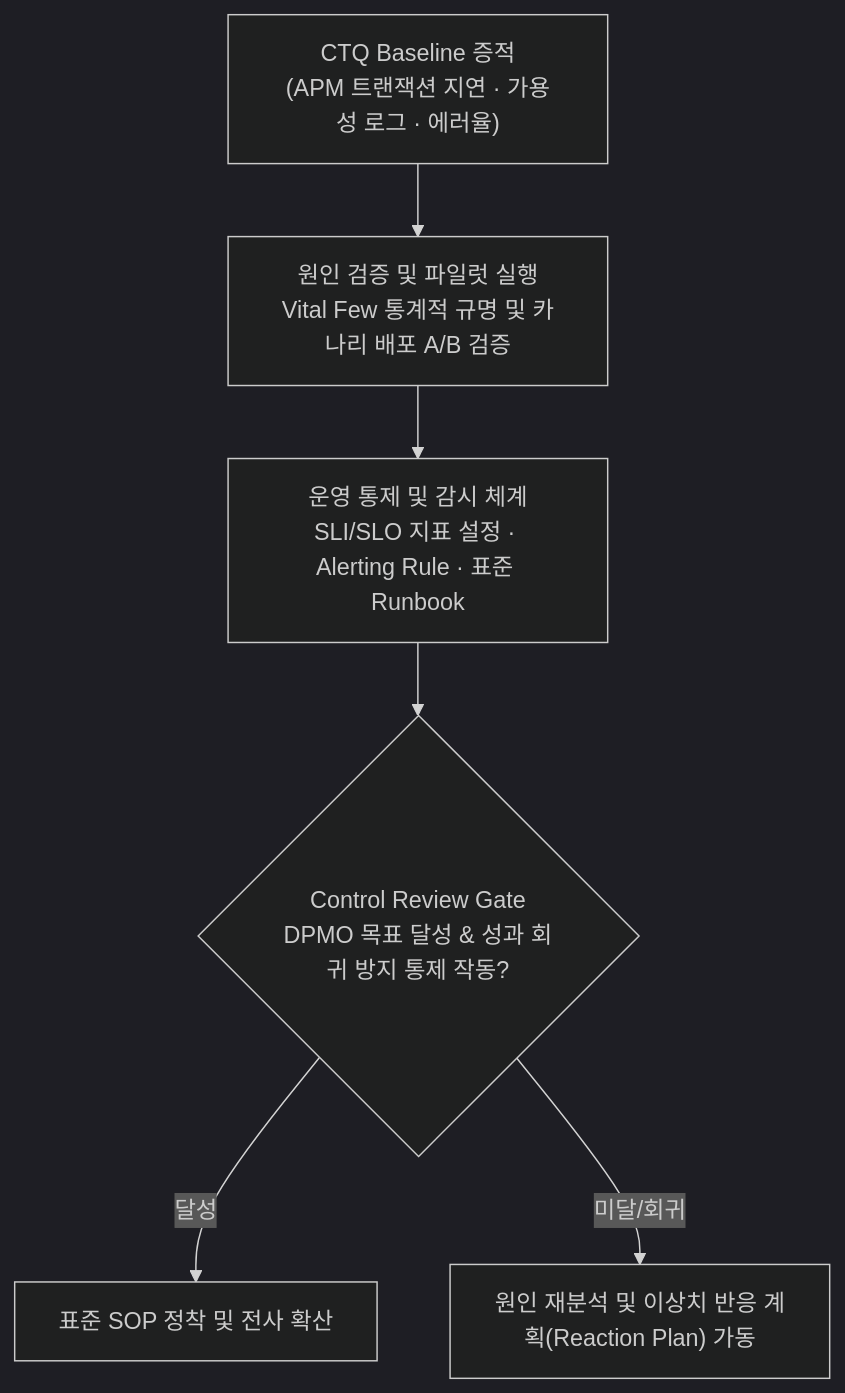
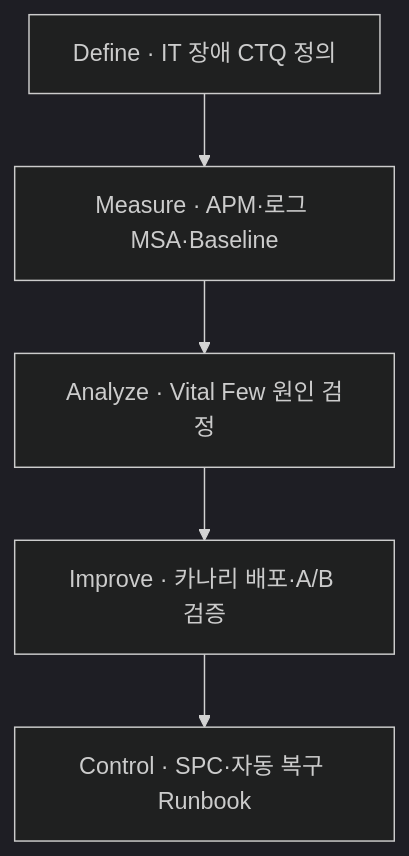
Before and after one commit to agnusdei1207/study: the second of 2 diagrams in src/content/docs/notes/itpe/01-it-strategy/111_six_sigma_dmaic.md, drawn with Mermaid (dark theme). The commit also changed other lines of this file and 18 other files, not shown here.

````diff
--- a/src/content/docs/notes/itpe/01-it-strategy/111_six_sigma_dmaic.md
+++ b/src/content/docs/notes/itpe/01-it-strategy/111_six_sigma_dmaic.md
@@ -129,8 +118,4 @@
 ```mermaid
 flowchart TD
-    P1["CTQ Baseline 증적<br/>(APM 트랜잭션 지연 · 가용성 로그 · 에러율)"] --> P2["원인 검증 및 파일럿 실행<br/>Vital Few 통계적 규명 및 카나리 배포 A/B 검증"]
-    P2 --> P3["운영 통제 및 감시 체계<br/>SLI/SLO 지표 설정 · Alerting Rule · 표준 Runbook"]
-    P3 --> P4{"Control Review Gate<br/>DPMO 목표 달성 & 성과 회귀 방지 통제 작동?"}
-    P4 -->|달성| P5["표준 SOP 정착 및 전사 확산"]
-    P4 -->|미달/회귀| P6["원인 재분석 및 이상치 반응 계획(Reaction Plan) 가동"]
+    S1["Define · IT 장애 CTQ 정의"] --> S2["Measure · APM·로그 MSA·Baseline"] --> S3["Analyze · Vital Few 원인 검정"] --> S4["Improve · 카나리 배포·A/B 검증"] --> S5["Control · SPC·자동 복구 Runbook"]
 ```
````
